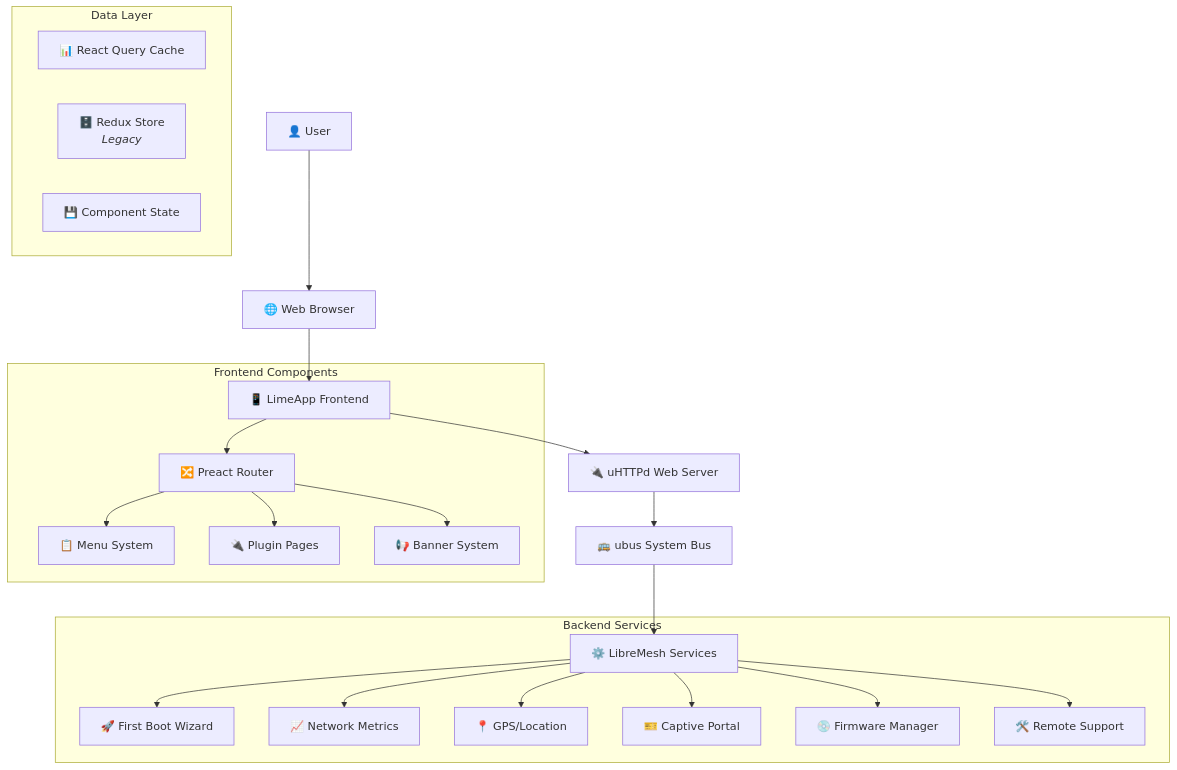
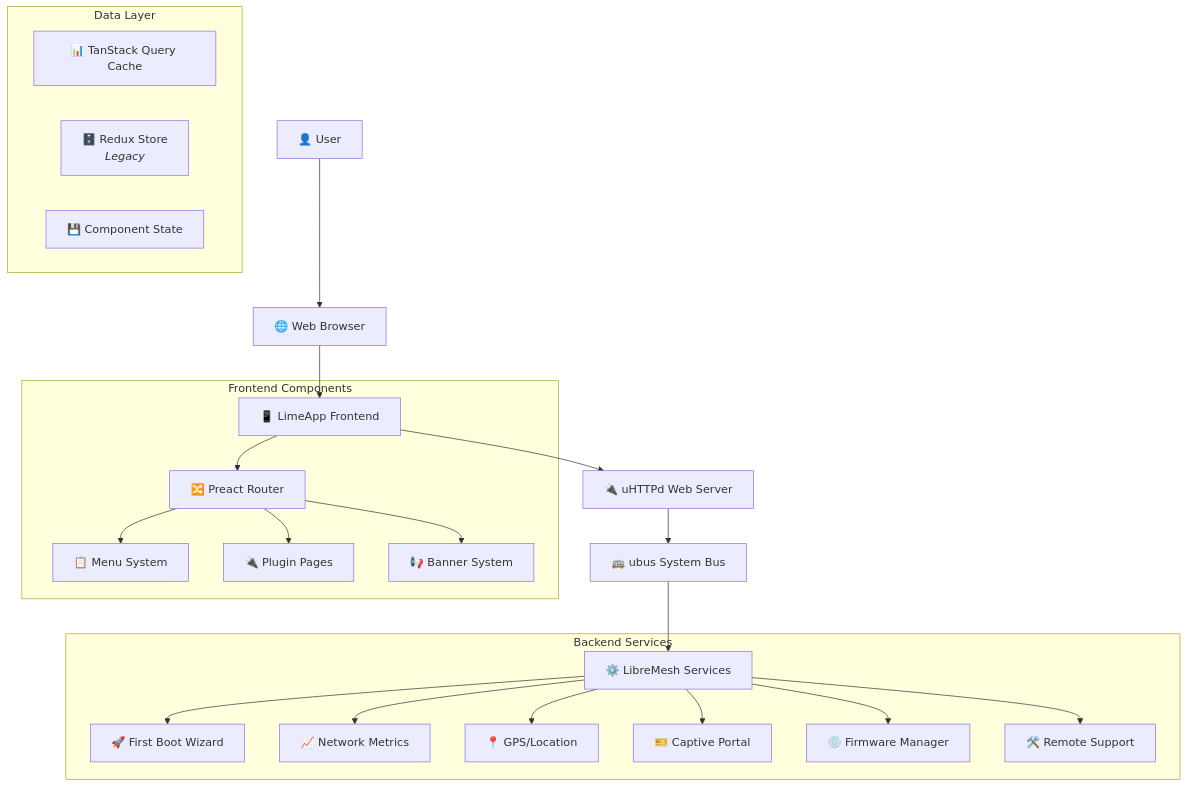
The first of 9 diagrams in docs/PROJECT_FLOW_DIAGRAM.md (Fede654/lime-app), drawn with Mermaid before and after one commit. The commit also changed other lines of this file and 10 other files, not shown here.

````diff
--- a/docs/PROJECT_FLOW_DIAGRAM.md
+++ b/docs/PROJECT_FLOW_DIAGRAM.md
@@ -5,30 +5,30 @@
 ```mermaid
 graph TB
     User[👤 User] --> Browser[🌐 Web Browser]
     Browser --> LimeApp[📱 LimeApp Frontend]
     LimeApp --> uHTTPd[🔌 uHTTPd Web Server]
     uHTTPd --> ubus[🚌 ubus System Bus]
     ubus --> Services[⚙️ LibreMesh Services]
     
     subgraph "Frontend Components"
         LimeApp --> Router[🔀 Preact Router]
         Router --> Menu[📋 Menu System]
         Router --> Plugins[🔌 Plugin Pages]
         Router --> Banner[📢 Banner System]
     end
     
     subgraph "Data Layer"
-        ReactQuery[📊 React Query Cache]
+        ReactQuery[📊 TanStack Query Cache]
         Redux[🗄️ Redux Store<br/><i>Legacy</i>]
         LocalState[💾 Component State]
     end
     
     subgraph "Backend Services"
         Services --> FBW[🚀 First Boot Wizard]
         Services --> Metrics[📈 Network Metrics]
         Services --> Location[📍 GPS/Location]
         Services --> Pirania[🎫 Captive Portal]
         Services --> Firmware[💿 Firmware Manager]
         Services --> Support[🛠️ Remote Support]
     end
 ```
````
